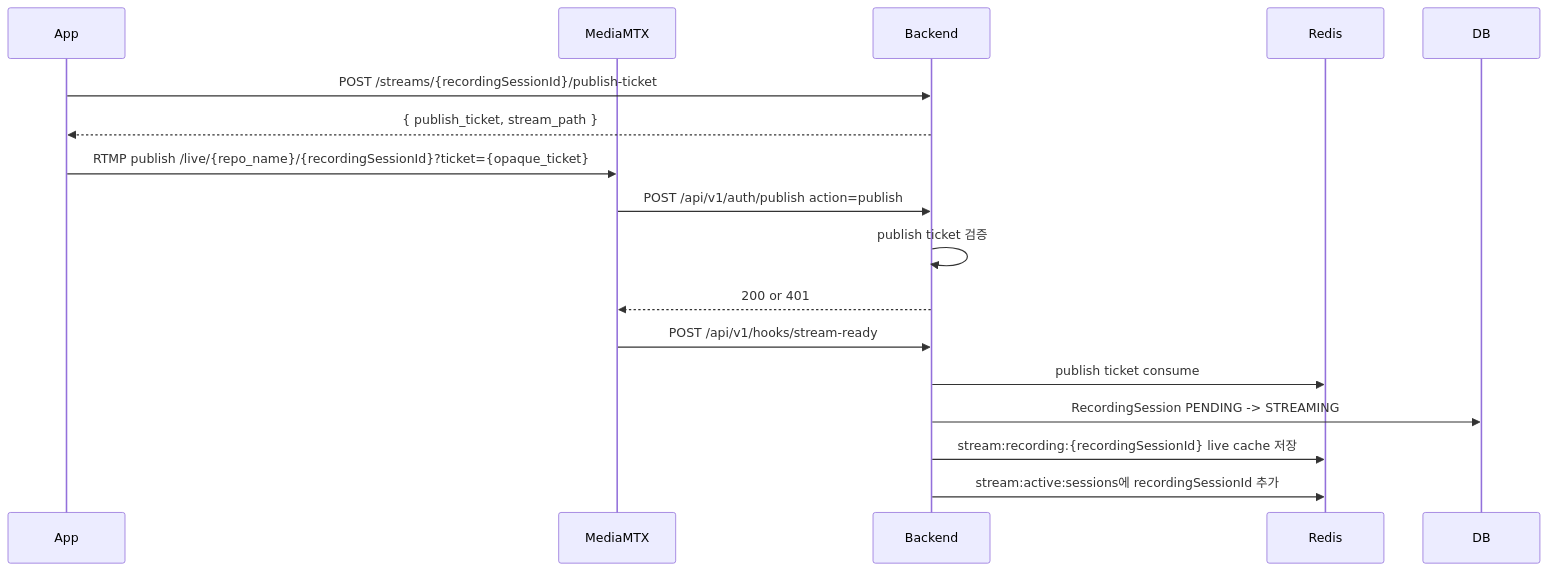
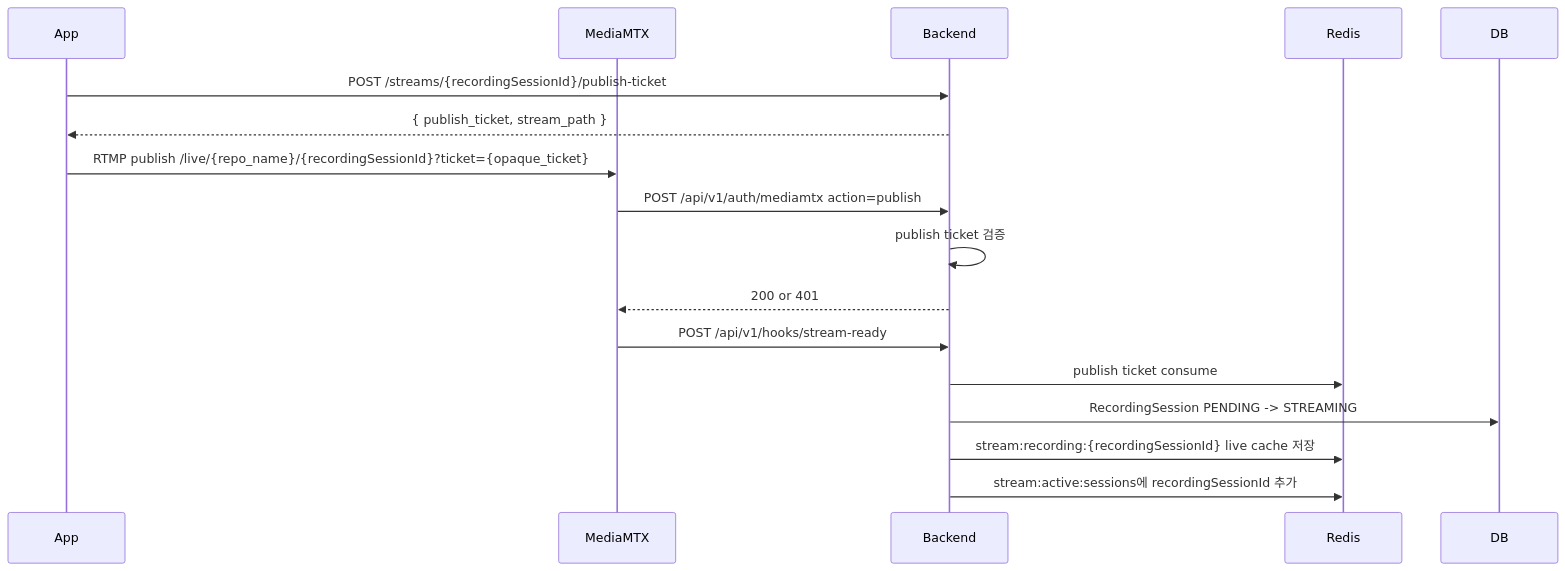
One commit to ego-flow/ego-flow-server changed the third of 7 diagrams in docs/09. project_streaming.md. Above: the diagram before and after it, drawn with Mermaid. The commit also changed other lines of this file and 32 other files, not shown here.

````diff
--- a/docs/09. project_streaming.md
+++ b/docs/09. project_streaming.md
@@ -173,19 +173,19 @@
 ```mermaid
 sequenceDiagram
     participant App
     participant MTX as MediaMTX
     participant BE as Backend
     participant Redis
 
     App->>BE: POST /streams/{recordingSessionId}/publish-ticket
     BE-->>App: { publish_ticket, stream_path }
     App->>MTX: RTMP publish /live/{repo_name}/{recordingSessionId}?ticket={opaque_ticket}
-    MTX->>BE: POST /api/v1/auth/publish action=publish
+    MTX->>BE: POST /api/v1/auth/mediamtx action=publish
     BE->>BE: publish ticket 검증
     BE-->>MTX: 200 or 401
     MTX->>BE: POST /api/v1/hooks/stream-ready
     BE->>Redis: publish ticket consume
     BE->>DB: RecordingSession PENDING -> STREAMING
     BE->>Redis: stream:recording:{recordingSessionId} live cache 저장
     BE->>Redis: stream:active:sessions에 recordingSessionId 추가
 ```
````
